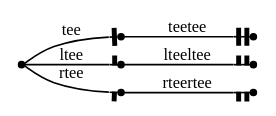
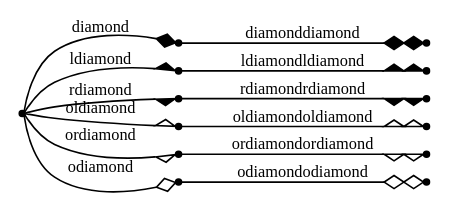
Before and after one commit to graphviz-perl/GraphViz2-Marpa-PathUtils: the diagram in out/clusters.out.08.002.gv, drawn with Graphviz. The commit also changed 33 other files, not shown here.

```diff
--- a/out/clusters.out.08.002.gv
+++ b/out/clusters.out.08.002.gv
@@ -1,13 +1,19 @@
 digraph G
 {
 	graph[ rankdir = "LR" nodesep = "0"]
 	node[ shape = "point" label = ""]
 	edge[ fontsize = "10"]
-	_tee -> tee[ arrowhead = "tee" label = "tee"]
-	tee -> teetee[ arrowhead = "teetee" label = "teetee"]
-	_tee -> ltee[ arrowhead = "ltee" label = "ltee"]
-	ltee -> lteeltee[ arrowhead = "lteeltee" label = "lteeltee"]
-	_tee -> rtee[ arrowhead = "rtee" label = "rtee"]
-	rtee -> rteertee[ arrowhead = "rteertee" label = "rteertee"]
+	_diamond -> diamond[ arrowhead = "diamond" label = "diamond"]
+	diamond -> diamonddiamond[ arrowhead = "diamonddiamond" label = "diamonddiamond"]
+	_diamond -> ldiamond[ arrowhead = "ldiamond" label = "ldiamond"]
+	ldiamond -> ldiamondldiamond[ arrowhead = "ldiamondldiamond" label = "ldiamondldiamond"]
+	_diamond -> rdiamond[ arrowhead = "rdiamond" label = "rdiamond"]
+	rdiamond -> rdiamondrdiamond[ arrowhead = "rdiamondrdiamond" label = "rdiamondrdiamond"]
+	_diamond -> oldiamond[ arrowhead = "oldiamond" label = "oldiamond"]
+	oldiamond -> oldiamondoldiamond[ arrowhead = "oldiamondoldiamond" label = "oldiamondoldiamond"]
+	_diamond -> ordiamond[ arrowhead = "ordiamond" label = "ordiamond"]
+	ordiamond -> ordiamondordiamond[ arrowhead = "ordiamondordiamond" label = "ordiamondordiamond"]
+	_diamond -> odiamond[ arrowhead = "odiamond" label = "odiamond"]
+	odiamond -> odiamondodiamond[ arrowhead = "odiamondodiamond" label = "odiamondodiamond"]
 
 }
```
